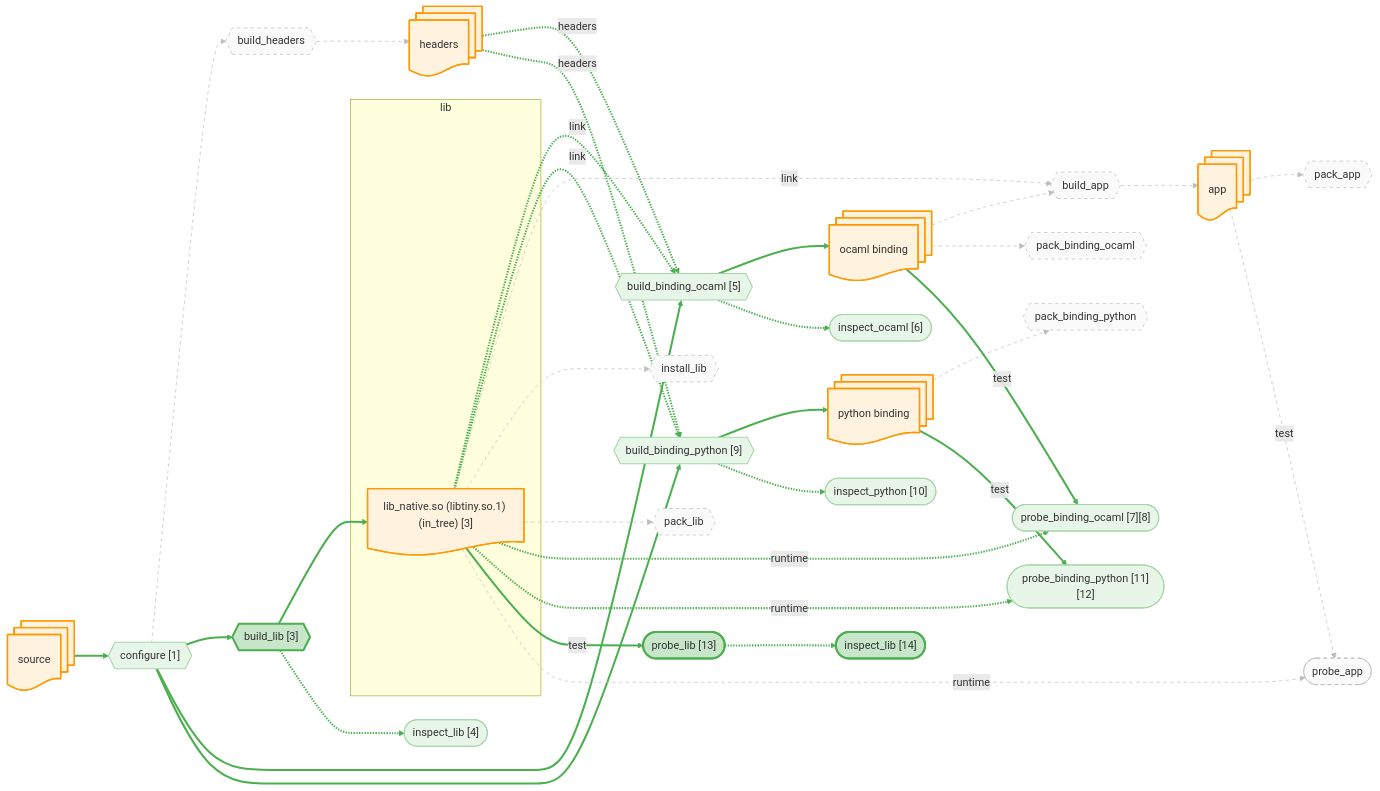
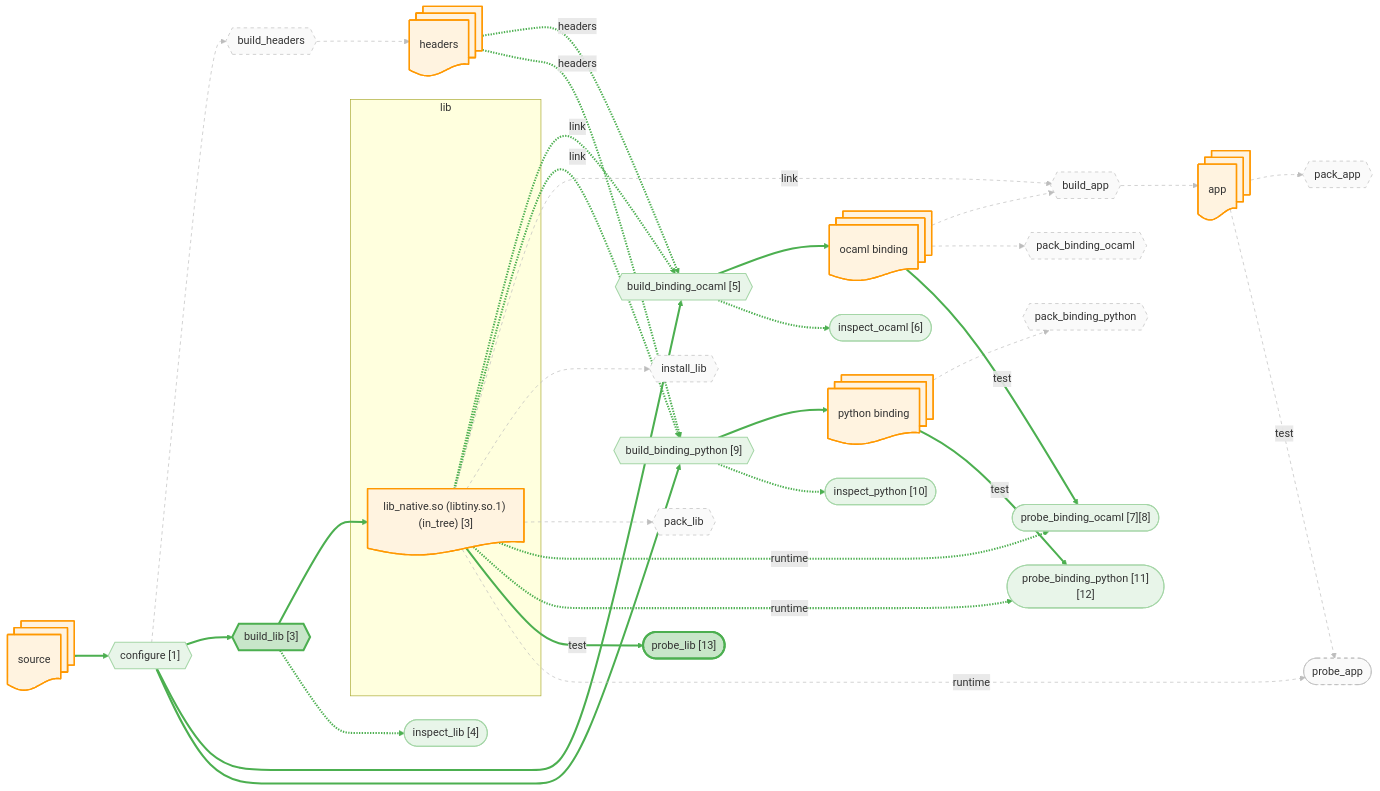
One commit to JHU-PL-Lab/tola changed the diagram in docs/canary/projects/tiny/-run/diagrams/lib.mmd. Above: the diagram before and after it, drawn with Mermaid. The commit also changed 17 other files, not shown here.

```diff
--- a/docs/canary/projects/tiny/-run/diagrams/lib.mmd
+++ b/docs/canary/projects/tiny/-run/diagrams/lib.mmd
@@ -1,124 +1,120 @@
 %% view: lib
 graph LR
     source_node@{ shape: docs, label: "source" }
     headers_node@{ shape: docs, label: "headers" }
     subgraph lib_sg ["lib"]
       lib_build_tree_node@{ shape: doc, label: "lib_native.so (libtiny.so.1) (in_tree) [3]" }
     end
     app_node@{ shape: docs, label: "app" }
     ocaml_binding_node@{ shape: docs, label: "ocaml binding" }
     python_binding_node@{ shape: docs, label: "python binding" }
 
     A_configure{{"configure [1]"}}
     A_build_headers{{"build_headers"}}
     A_build_lib{{"build_lib [3]"}}
     A_build_binding_ocaml{{"build_binding_ocaml [5]"}}
     A_build_binding_python{{"build_binding_python [9]"}}
     A_build_app{{"build_app"}}
     A_install_lib{{"install_lib"}}
     A_pack_binding_ocaml{{"pack_binding_ocaml"}}
     A_pack_binding_python{{"pack_binding_python"}}
     A_pack_lib{{"pack_lib"}}
     A_pack_app{{"pack_app"}}
     A_probe_binding_ocaml(["probe_binding_ocaml [7][8]"])
     A_probe_binding_python(["probe_binding_python [11][12]"])
     A_probe_lib(["probe_lib [13]"])
     A_probe_app(["probe_app"])
     A_build_lib_inspect(["inspect_lib [4]"])
     A_build_binding_ocaml_inspect(["inspect_ocaml [6]"])
     A_build_binding_python_inspect(["inspect_python [10]"])
-    A_probe_lib_inspect(["inspect_lib [14]"])
 
     source_node --> A_configure
     A_configure --> A_build_headers
     A_build_headers --> headers_node
     A_configure --> A_build_lib
     A_build_lib --> lib_build_tree_node
     A_configure --> A_build_binding_ocaml
     headers_node -.->|headers| A_build_binding_ocaml
     lib_build_tree_node -.->|link| A_build_binding_ocaml
     A_build_binding_ocaml --> ocaml_binding_node
     A_configure --> A_build_binding_python
     headers_node -.->|headers| A_build_binding_python
     lib_build_tree_node -.->|link| A_build_binding_python
     A_build_binding_python --> python_binding_node
     ocaml_binding_node --> A_build_app
     lib_build_tree_node -.->|link| A_build_app
     A_build_app --> app_node
     lib_build_tree_node --> A_install_lib
     ocaml_binding_node --> A_pack_binding_ocaml
     python_binding_node --> A_pack_binding_python
     lib_build_tree_node --> A_pack_lib
     app_node --> A_pack_app
     ocaml_binding_node -->|test| A_probe_binding_ocaml
     lib_build_tree_node -.->|runtime| A_probe_binding_ocaml
     python_binding_node -->|test| A_probe_binding_python
     lib_build_tree_node -.->|runtime| A_probe_binding_python
     lib_build_tree_node -->|test| A_probe_lib
     app_node -->|test| A_probe_app
     lib_build_tree_node -.->|runtime| A_probe_app
     A_build_lib -.-> A_build_lib_inspect
     A_build_binding_ocaml -.-> A_build_binding_ocaml_inspect
     A_build_binding_python -.-> A_build_binding_python_inspect
-    A_probe_lib -.-> A_probe_lib_inspect
 
     classDef artifact fill:#fff3e0,stroke:#ff9800,stroke-width:2px
     classDef action fill:#f3e5f5,stroke:#9c27b0,stroke-width:2px
     classDef st_done fill:#c8e6c9,stroke:#4caf50,stroke-width:3px
     classDef st_done_ctx fill:#e8f5e9,stroke:#a5d6a7,stroke-width:1.5px
     classDef st_expected_fail fill:#fff9c4,stroke:#f9a825,stroke-width:2px
     classDef st_failed fill:#ffcdd2,stroke:#c62828,stroke-width:2px
     classDef st_skipped fill:#f5f5f5,stroke:#9e9e9e,stroke-dasharray:5
     classDef st_nospec fill:#fafafa,stroke:#bdbdbd,stroke-dasharray:5
     class source_node,headers_node,lib_build_tree_node,app_node,ocaml_binding_node,python_binding_node artifact
     class A_configure st_done_ctx
     class A_build_headers st_nospec
     class A_build_lib st_done
     class A_build_binding_ocaml st_done_ctx
     class A_build_binding_python st_done_ctx
     class A_build_app st_nospec
     class A_install_lib st_nospec
     class A_pack_binding_ocaml st_nospec
     class A_pack_binding_python st_nospec
     class A_pack_lib st_nospec
     class A_pack_app st_nospec
     class A_probe_binding_ocaml st_done_ctx
     class A_probe_binding_python st_done_ctx
     class A_probe_lib st_done
     class A_probe_app st_nospec
     class A_build_lib_inspect st_done_ctx
     class A_build_binding_ocaml_inspect st_done_ctx
     class A_build_binding_python_inspect st_done_ctx
-    class A_probe_lib_inspect st_done
     linkStyle 0 stroke:#4caf50,stroke-width:3px
     linkStyle 1 stroke:#bdbdbd,stroke-width:1px,stroke-dasharray:5
     linkStyle 2 stroke:#bdbdbd,stroke-width:1px,stroke-dasharray:5
     linkStyle 3 stroke:#4caf50,stroke-width:3px
     linkStyle 4 stroke:#4caf50,stroke-width:3px
     linkStyle 5 stroke:#4caf50,stroke-width:3px
     linkStyle 6 stroke:#4caf50,stroke-width:3px
     linkStyle 7 stroke:#4caf50,stroke-width:3px
     linkStyle 8 stroke:#4caf50,stroke-width:3px
     linkStyle 9 stroke:#4caf50,stroke-width:3px
     linkStyle 10 stroke:#4caf50,stroke-width:3px
     linkStyle 11 stroke:#4caf50,stroke-width:3px
     linkStyle 12 stroke:#4caf50,stroke-width:3px
     linkStyle 13 stroke:#bdbdbd,stroke-width:1px,stroke-dasharray:5
     linkStyle 14 stroke:#bdbdbd,stroke-width:1px,stroke-dasharray:5
     linkStyle 15 stroke:#bdbdbd,stroke-width:1px,stroke-dasharray:5
     linkStyle 16 stroke:#bdbdbd,stroke-width:1px,stroke-dasharray:5
     linkStyle 17 stroke:#bdbdbd,stroke-width:1px,stroke-dasharray:5
     linkStyle 18 stroke:#bdbdbd,stroke-width:1px,stroke-dasharray:5
     linkStyle 19 stroke:#bdbdbd,stroke-width:1px,stroke-dasharray:5
     linkStyle 20 stroke:#bdbdbd,stroke-width:1px,stroke-dasharray:5
     linkStyle 21 stroke:#4caf50,stroke-width:3px
     linkStyle 22 stroke:#4caf50,stroke-width:3px
     linkStyle 23 stroke:#4caf50,stroke-width:3px
     linkStyle 24 stroke:#4caf50,stroke-width:3px
     linkStyle 25 stroke:#4caf50,stroke-width:3px
     linkStyle 26 stroke:#bdbdbd,stroke-width:1px,stroke-dasharray:5
     linkStyle 27 stroke:#bdbdbd,stroke-width:1px,stroke-dasharray:5
     linkStyle 28 stroke:#4caf50,stroke-width:3px
     linkStyle 29 stroke:#4caf50,stroke-width:3px
     linkStyle 30 stroke:#4caf50,stroke-width:3px
-    linkStyle 31 stroke:#4caf50,stroke-width:3px
```
